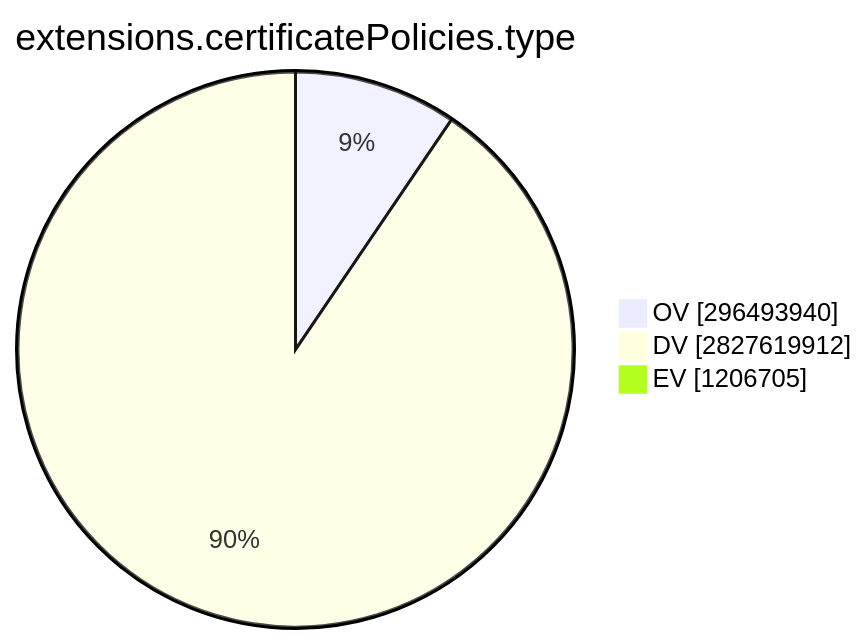
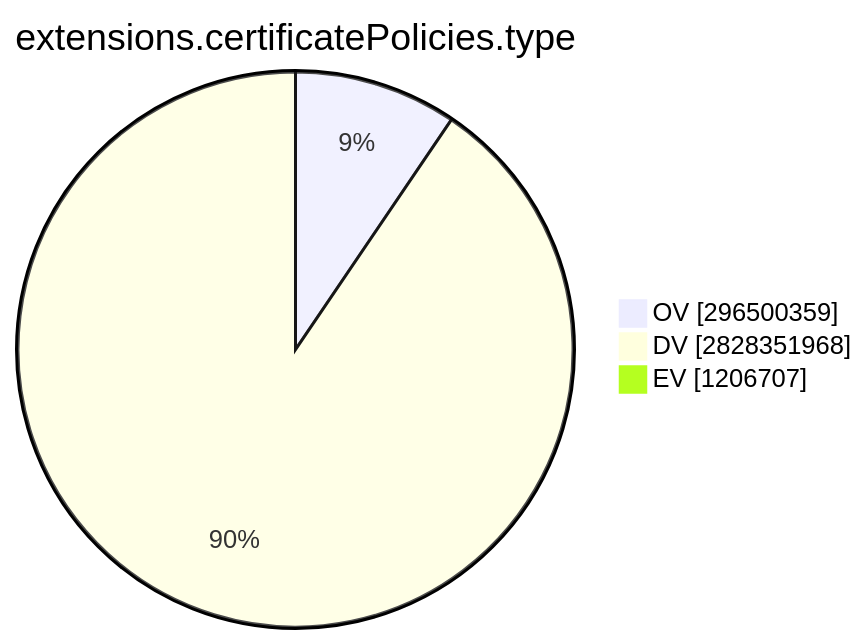
One commit to christiankrug/ctmonitor_visualization changed the ninth of 15 diagrams in TOTAL/README.md. Above: the diagram before and after it, drawn with Mermaid. The commit also changed other lines of this file, not shown here.

````diff
--- a/TOTAL/README.md
+++ b/TOTAL/README.md
@@ -3099,7 +3099,7 @@
 ```mermaid
 pie showData
 title extensions.certificatePolicies.type
-"OV" :296493940
-"DV" :2827619912
-"EV" :1206705
+"OV" :296500359
+"DV" :2828351968
+"EV" :1206707
 ```
````
